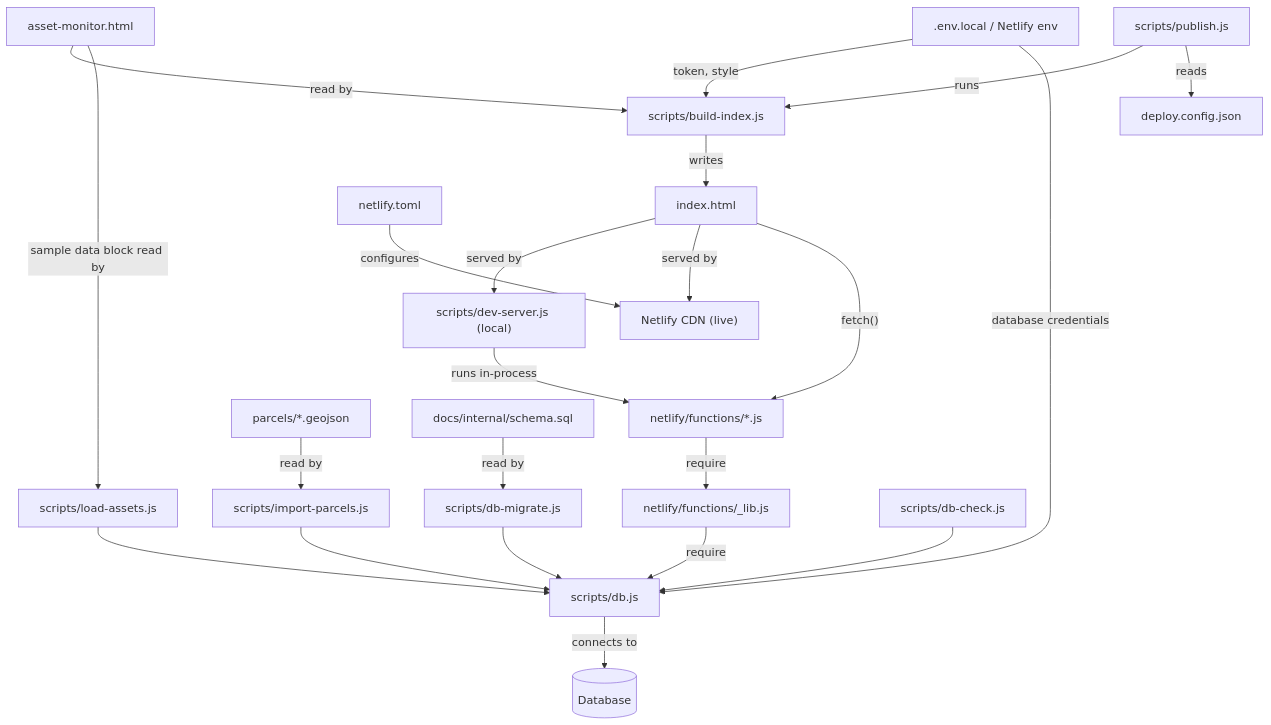
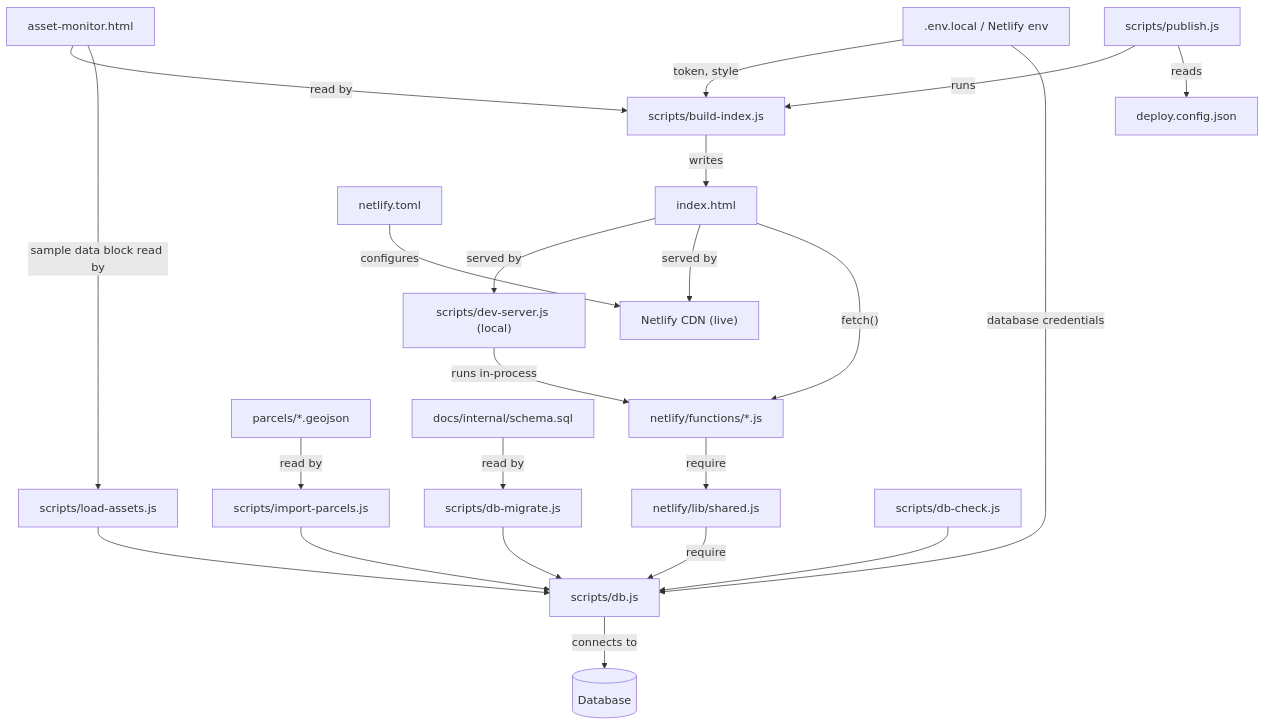
One commit to landlogic-corp/AssetLogic_POC changed the diagram in docs/directory-guide.md. Above: the diagram before and after it, drawn with Mermaid. The commit also changed other lines of this file and 9 other files, not shown here.

First line of the commit message:
Move shared function helpers out of the functions folder

````diff
--- a/docs/directory-guide.md
+++ b/docs/directory-guide.md
@@ -56,24 +57,24 @@
 ```mermaid
 flowchart TD
     AM["asset-monitor.html"] -- "read by" --> BI["scripts/build-index.js"]
     ENV[".env.local / Netlify env"] -- "token, style" --> BI
     BI -- "writes" --> IDX["index.html"]
     IDX -- "served by" --> DS["scripts/dev-server.js (local)"]
     IDX -- "served by" --> NET["Netlify CDN (live)"]
     IDX -- "fetch()" --> FN["netlify/functions/*.js"]
     DS -- "runs in-process" --> FN
-    FN -- "require" --> LIB["netlify/functions/_lib.js"]
+    FN -- "require" --> LIB["netlify/lib/shared.js"]
     LIB -- "require" --> DB["scripts/db.js"]
     ENV -- "database credentials" --> DB
     DB -- "connects to" --> PG[("Database")]
     MIG["scripts/db-migrate.js"] --> DB
     IMP["scripts/import-parcels.js"] --> DB
     LOAD["scripts/load-assets.js"] --> DB
     CHK["scripts/db-check.js"] --> DB
     PAR["parcels/*.geojson"] -- "read by" --> IMP
     AM -- "sample data block read by" --> LOAD
     SCH["docs/internal/schema.sql"] -- "read by" --> MIG
     TOML["netlify.toml"] -- "configures" --> NET
     PUB["scripts/publish.js"] -- "runs" --> BI
     PUB -- "reads" --> DC["deploy.config.json"]
 ```
````
